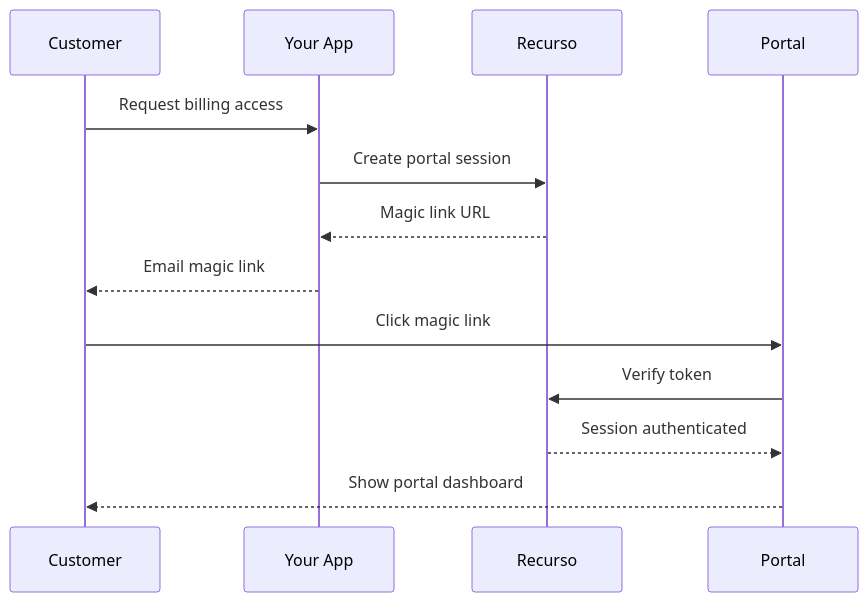
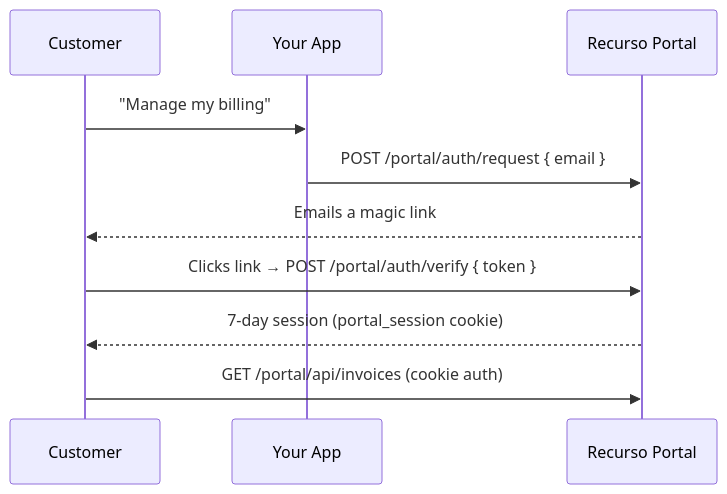
Before and after one commit to swapnull-in/docs: the diagram in portal/overview.mdx, drawn with Mermaid. The commit also changed other lines of this file and 5 other files, not shown here.

````diff
--- a/portal/overview.mdx
+++ b/portal/overview.mdx
@@ -125,16 +39,12 @@
 ```mermaid
 sequenceDiagram
     participant C as Customer
     participant A as Your App
-    participant R as Recurso
-    participant P as Portal
-    
-    C->>A: Request billing access
-    A->>R: Create portal session
-    R-->>A: Magic link URL
-    A-->>C: Email magic link
-    C->>P: Click magic link
-    P->>R: Verify token
-    R-->>P: Session authenticated
-    P-->>C: Show portal dashboard
+    participant R as Recurso Portal
+    C->>A: "Manage my billing"
+    A->>R: POST /portal/auth/request { email }
+    R-->>C: Emails a magic link
+    C->>R: Clicks link → POST /portal/auth/verify { token }
+    R-->>C: 7-day session (portal_session cookie)
+    C->>R: GET /portal/api/invoices (cookie auth)
 ```
````
